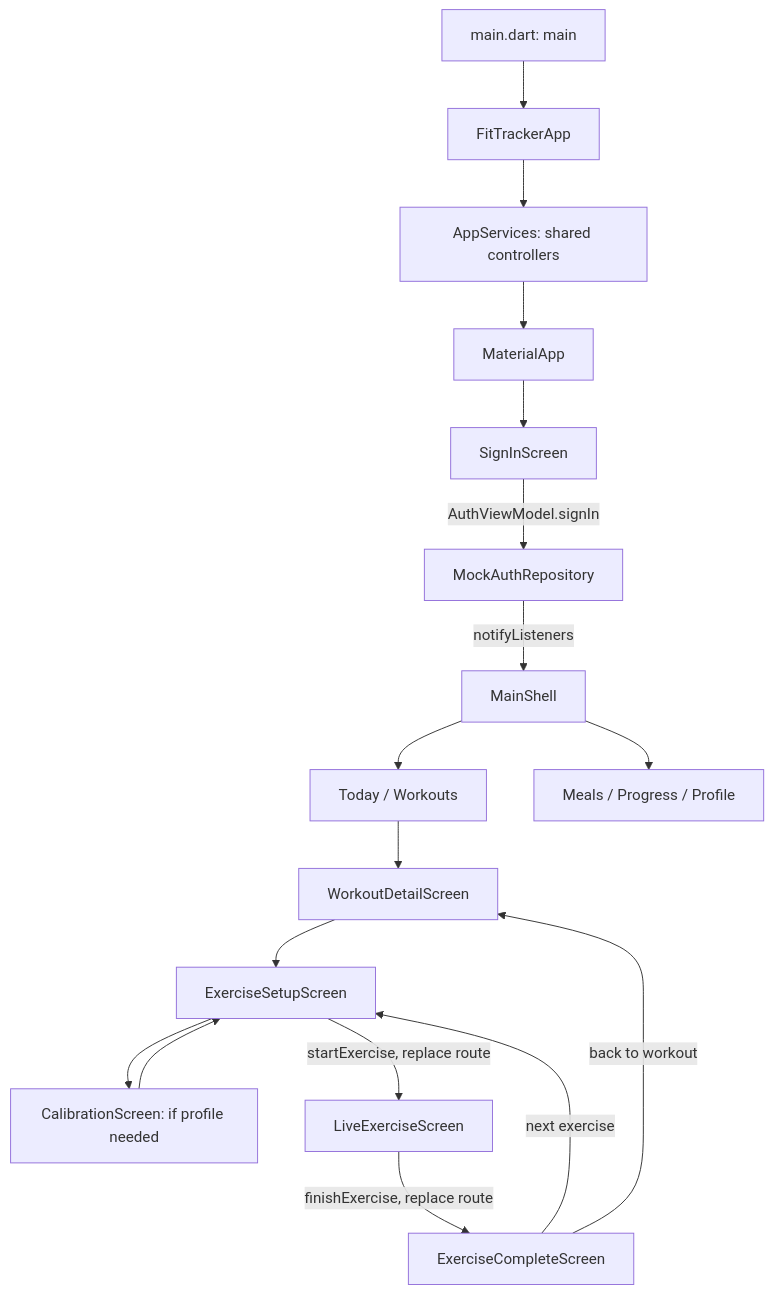
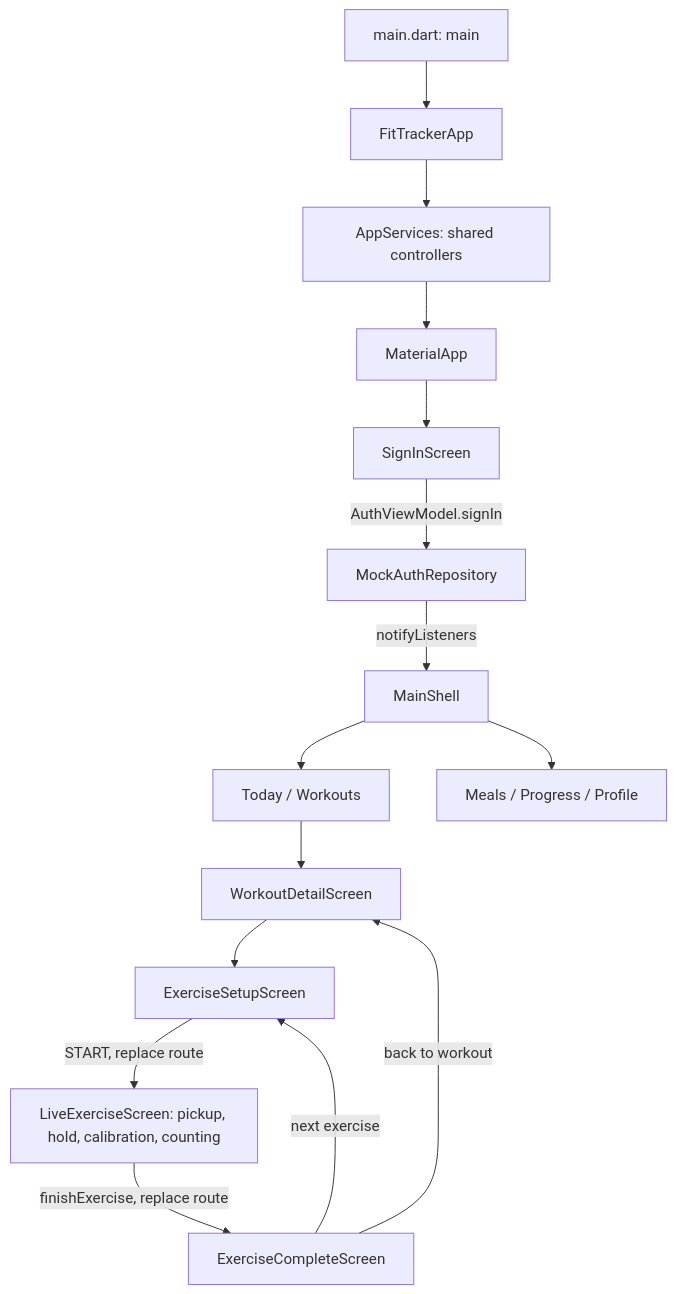
Before and after one commit to ProjectSupportInc/FIT-Tracker-App: the diagram in docs/BEGINNER_GUIDE.md, drawn with Mermaid. The commit also changed other lines of this file and 24 other files, not shown here.

````diff
--- a/docs/BEGINNER_GUIDE.md
+++ b/docs/BEGINNER_GUIDE.md
@@ -43,19 +42,17 @@
 ```mermaid
 flowchart TD
     A[main.dart: main] --> B[FitTrackerApp]
     B --> C[AppServices: shared controllers]
     C --> D[MaterialApp]
     D --> E[SignInScreen]
     E -->|AuthViewModel.signIn| F[MockAuthRepository]
     F -->|notifyListeners| G[MainShell]
     G --> H[Today / Workouts]
     G --> I[Meals / Progress / Profile]
     H --> J[WorkoutDetailScreen]
     J --> K[ExerciseSetupScreen]
-    K --> L[CalibrationScreen: if profile needed]
-    L --> K
-    K -->|startExercise, replace route| M[LiveExerciseScreen]
+    K -->|START, replace route| M[LiveExerciseScreen: pickup, hold, calibration, counting]
     M -->|finishExercise, replace route| N[ExerciseCompleteScreen]
     N -->|next exercise| K
     N -->|back to workout| J
 ```
````
